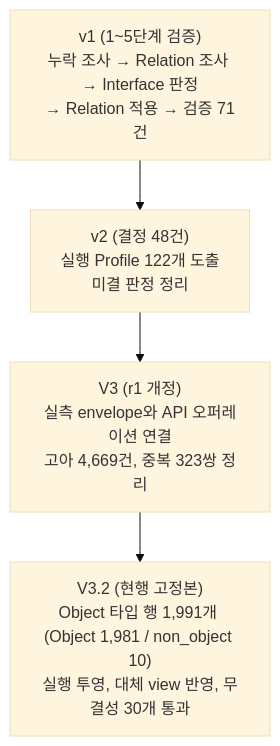
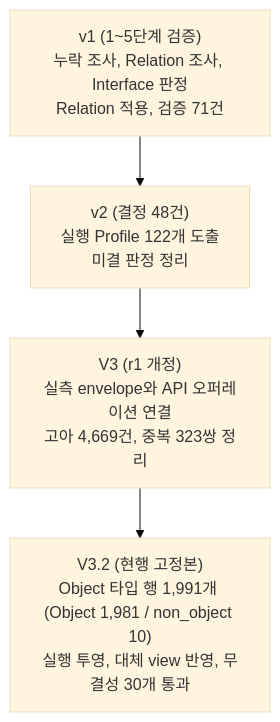
Before and after one commit to AEGI-Inc/aegi-framework: the diagram in docs/02-methodology/03-im-object-modeling.md, drawn with Mermaid (base theme). The commit also changed 6 other files, not shown here.

````diff
--- a/docs/02-methodology/03-im-object-modeling.md
+++ b/docs/02-methodology/03-im-object-modeling.md
@@ -23,8 +23,8 @@
 ```mermaid
 flowchart TB
-  V1["v1 (1~5단계 검증)<br/>누락 조사 → Relation 조사 → Interface 판정<br/>→ Relation 적용 → 검증 71건"]
+  V1["v1 (1~5단계 검증)<br/>누락 조사, Relation 조사, Interface 판정<br/>Relation 적용, 검증 71건"]
   V2["v2 (결정 48건)<br/>실행 Profile 122개 도출<br/>미결 판정 정리"]
   V3["V3 (r1 개정)<br/>실측 envelope와 API 오퍼레이션 연결<br/>고아 4,669건, 중복 323쌍 정리"]
   V32["V3.2 (현행 고정본)<br/>Object 타입 행 1,991개 (Object 1,981 / non_object 10)<br/>실행 투영, 대체 view 반영, 무결성 30개 통과"]
   V1 --> V2 --> V3 --> V32
 ```
````
